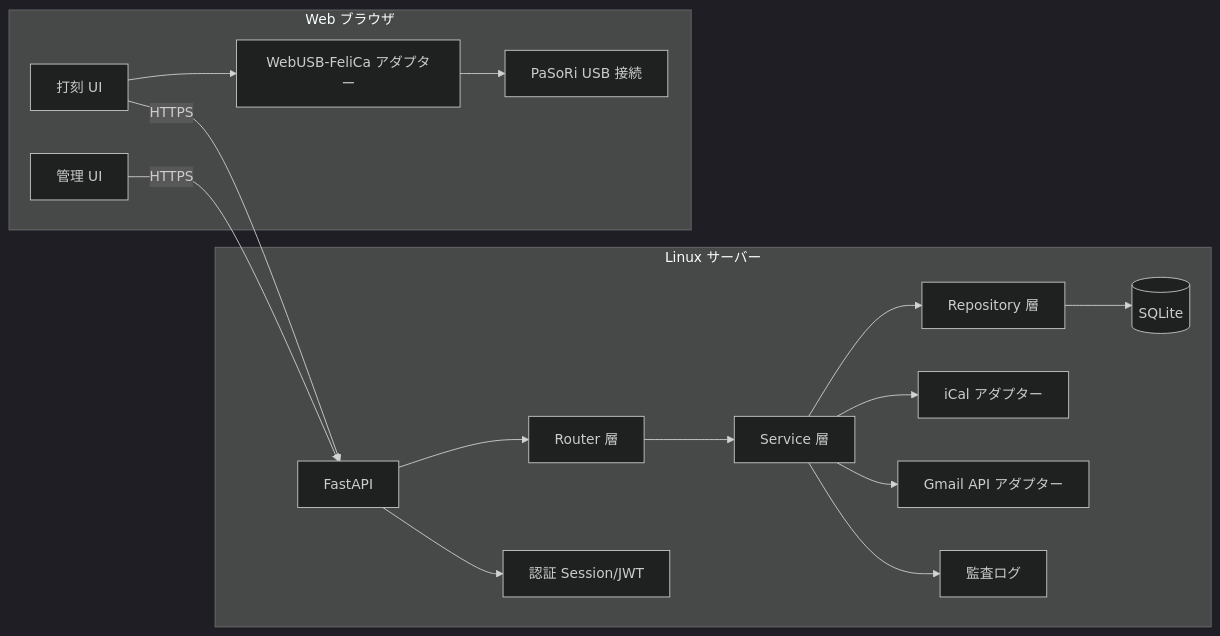
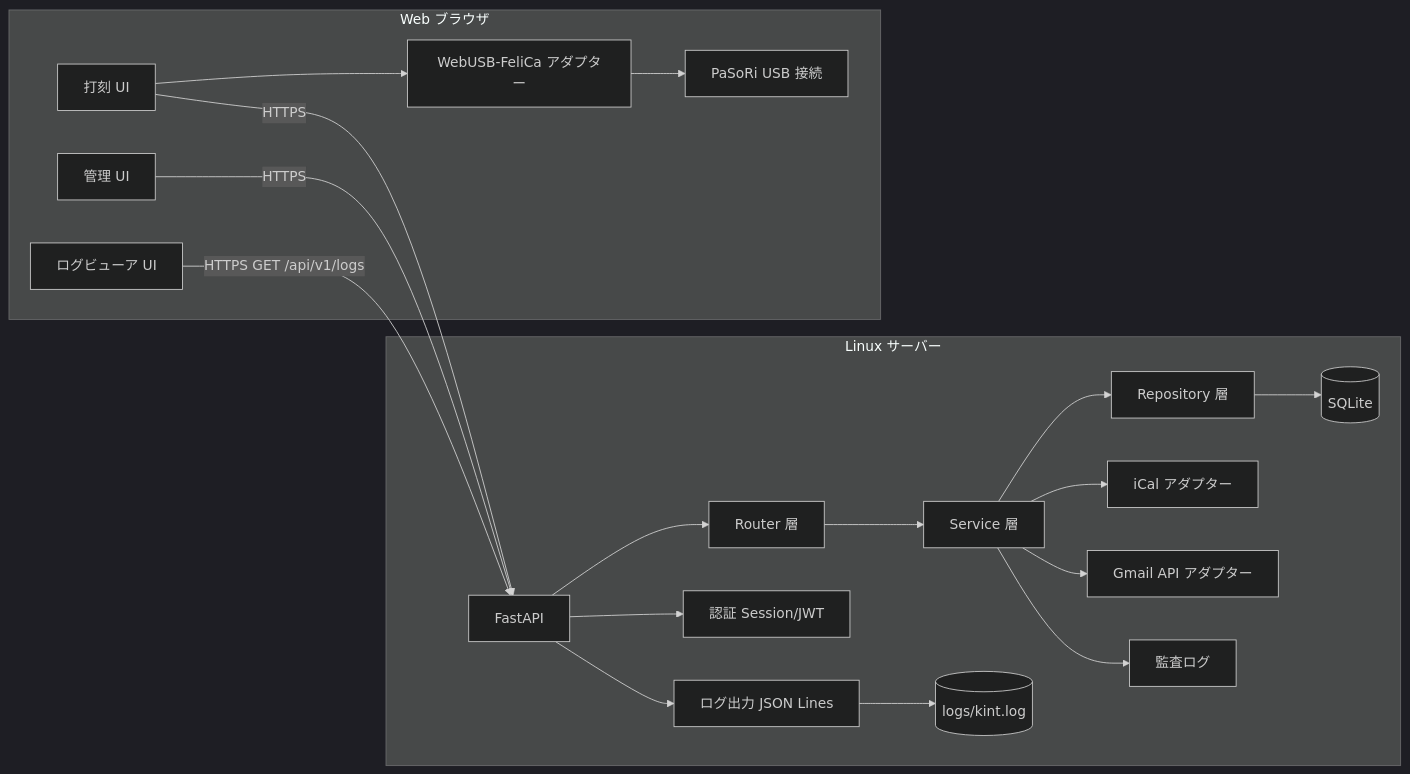
The first of 4 diagrams in docs/architecture.md (tukumanalab/kint), drawn with Mermaid (dark theme) before and after one commit. The commit also changed other lines of this file and 8 other files, not shown here.

````diff
--- a/docs/architecture.md
+++ b/docs/architecture.md
@@ -10,31 +10,36 @@
 ```mermaid
 flowchart LR
   subgraph Server[Linux サーバー]
     API[FastAPI]
     Router[Router 層]
     Service[Service 層]
     Repo[Repository 層]
     DB[(SQLite)]
     Calendar[iCal アダプター]
     Mail[Gmail API アダプター]
     Auth[認証 Session/JWT]
     Audit[監査ログ]
+    Logger[ログ出力 JSON Lines]
+    LogFile[(logs/kint.log)]
   end
 
   subgraph Browser[Web ブラウザ]
     PunchUI[打刻 UI]
     AdminUI[管理 UI]
+    LogUI[ログビューア UI]
     USB[WebUSB-FeliCa アダプター]
     Reader[PaSoRi USB 接続]
   end
 
   PunchUI --> USB --> Reader
   PunchUI -->|HTTPS| API
   AdminUI -->|HTTPS| API
+  LogUI -->|HTTPS GET /api/v1/logs| API
 
   API --> Router --> Service --> Repo --> DB
   Service --> Calendar
   Service --> Mail
   API --> Auth
   Service --> Audit
+  API --> Logger --> LogFile
 ```
````
